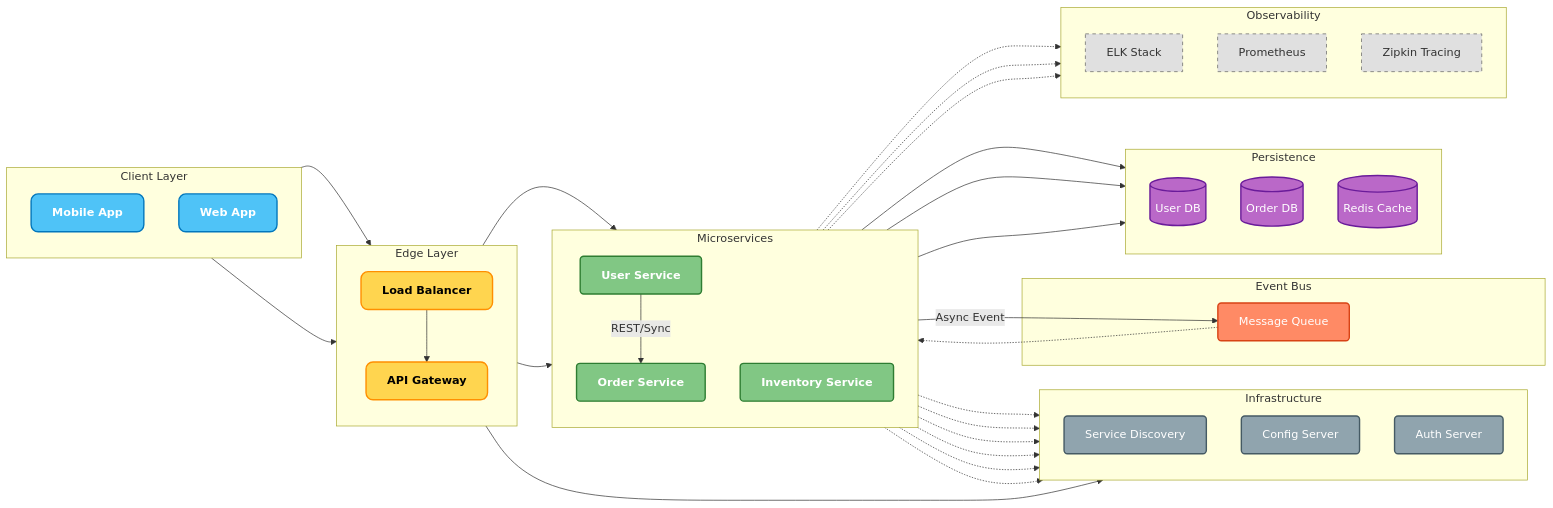
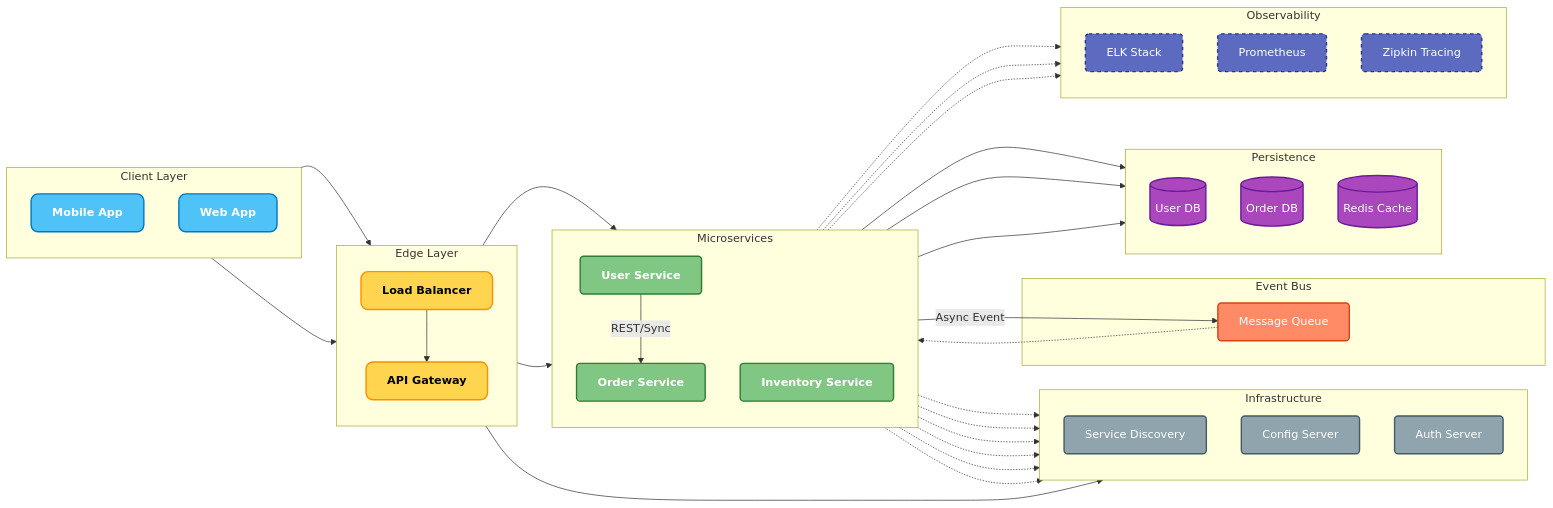
One commit to dinhnhatnguyen/Map_di_phong_van changed the second of 2 diagrams in microservice_handbook.md. Above: the diagram before and after it, drawn with Mermaid. The commit also changed other lines of this file, not shown here.

```diff
--- a/microservice_handbook.md
+++ b/microservice_handbook.md
@@ -89,8 +89,8 @@
     classDef infra fill:#90A4AE,stroke:#455A64,stroke-width:2px,color:white,rx:5,ry:5;
     classDef service fill:#81C784,stroke:#2E7D32,stroke-width:2px,color:white,font-weight:bold,rx:5,ry:5;
     classDef async fill:#FF8A65,stroke:#D84315,stroke-width:2px,color:white,rx:5,ry:5;
-    classDef db fill:#BA68C8,stroke:#6A1B9A,stroke-width:2px,color:white,shape:cylinder;
-    classDef monitor fill:#E0E0E0,stroke:#616161,stroke-width:1px,stroke-dasharray: 5 5;
+    classDef db fill:#AB47BC,stroke:#6A1B9A,stroke-width:2px,color:white,shape:cylinder;
+    classDef monitor fill:#5C6BC0,stroke:#283593,stroke-width:2px,color:white,stroke-dasharray: 5 5,rx:5,ry:5;
 
     %% --- Clients ---
     subgraph Clients ["Client Layer"]
```
